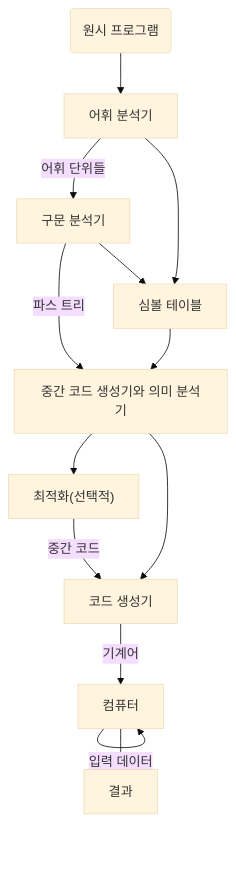
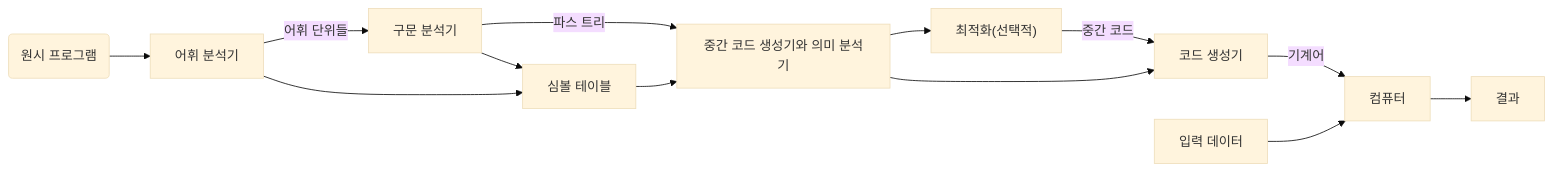
The first of 3 diagrams in ComputerScience/프로그래밍언어론/요약/1. 기본사항 요약.md (umyunsang/Obsidian), drawn with Mermaid (base theme) before and after one commit. The commit also changed other lines of this file and 5 other files, not shown here.

````diff
--- a/ComputerScience/프로그래밍언어론/요약/1. 기본사항 요약.md
+++ b/ComputerScience/프로그래밍언어론/요약/1. 기본사항 요약.md
@@ -85,15 +85,15 @@
 	```mermaid
-	graph TD;
+	graph LR;
 	    A("원시 프로그램") --> B["어휘 분석기"]
 	    B -->|"어휘 단위들"| C["구문 분석기"]
 	    B --> E
 	    C -->|"파스 트리"| D["중간 코드 생성기와 의미 분석기"]
 	    C --> E["심볼 테이블"]
 	    E --> D
 	    D --> F["최적화(선택적)"]
 	    D --> G
 	    F -->|"중간 코드"| G["코드 생성기"]
 	    G -->|"기계어"| H["컴퓨터"]
-	    H -->|"입력 데이터"| H
-	    H -->I["결과"]
+	    I["입력 데이터"] --> H
+	    H --> J["결과"]
 	```
````
